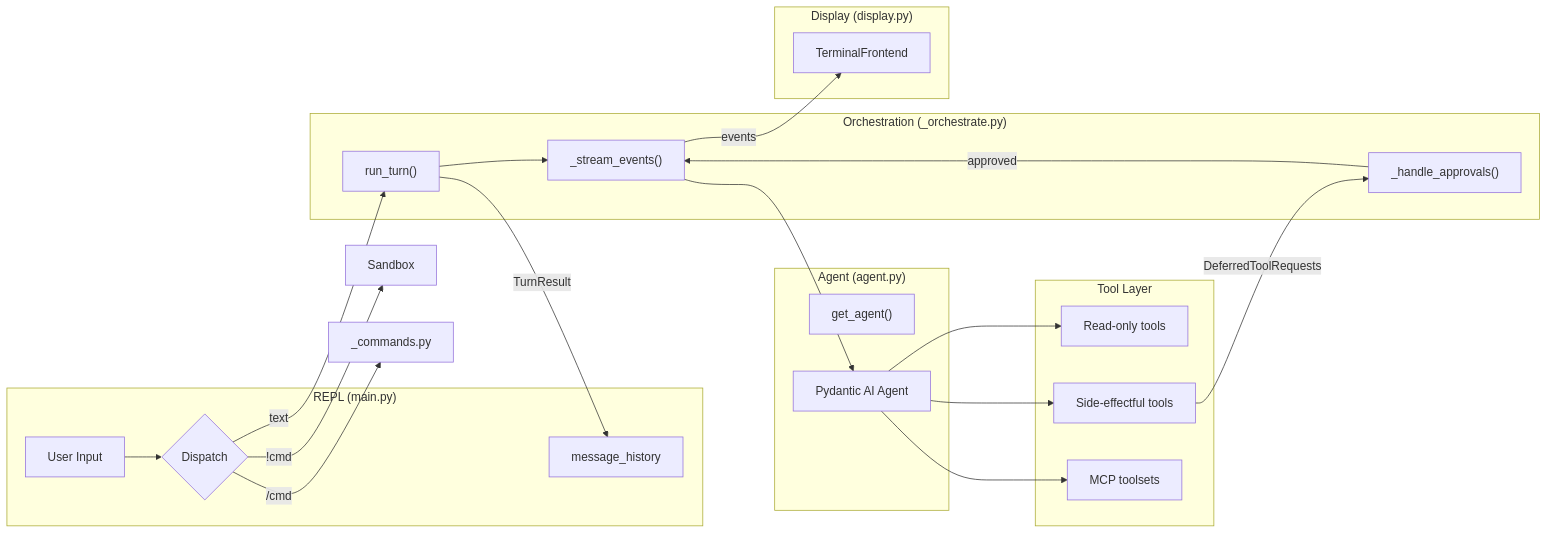
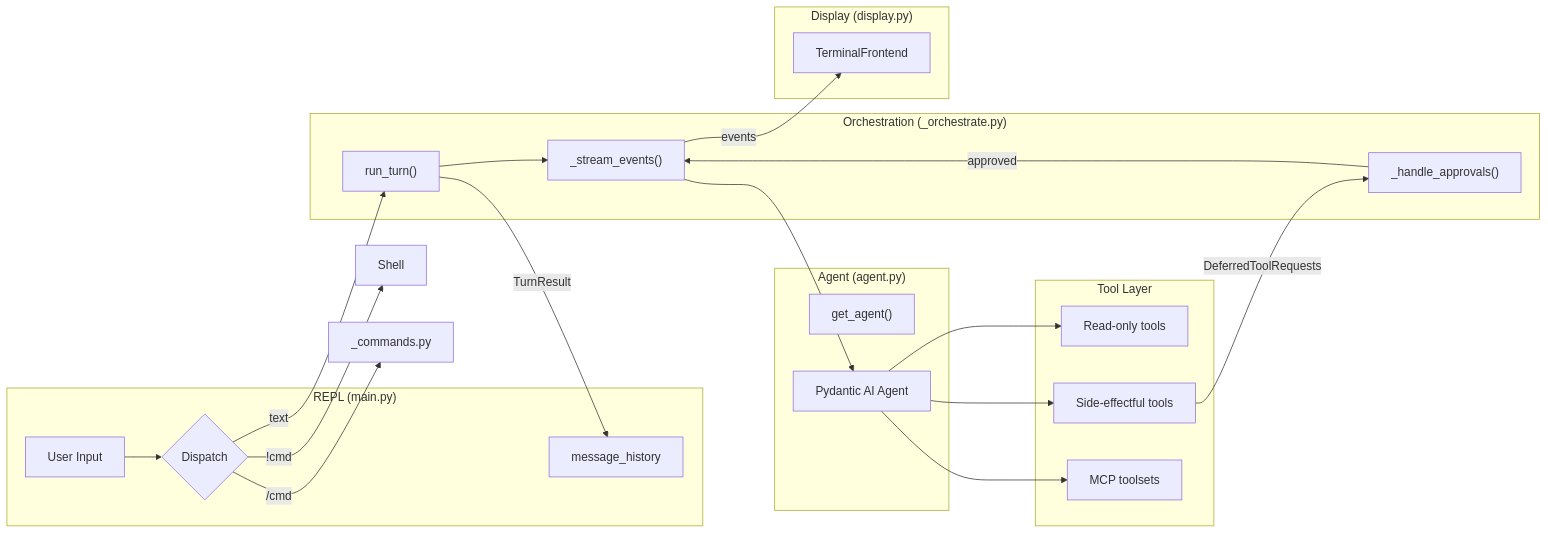
The diagram in docs/DESIGN-01-agent-chat-loop.md (binlecode/co-cli), drawn with Mermaid before and after one commit. The commit also changed other lines of this file and 48 other files, not shown here.

First line of the commit message:
Drop Docker sandbox — promote ShellBackend as sole execution model

````diff
--- a/docs/DESIGN-01-agent-chat-loop.md
+++ b/docs/DESIGN-01-agent-chat-loop.md
@@ -19,43 +19,43 @@
 ```mermaid
 graph LR
     subgraph REPL ["REPL (main.py)"]
         Input[User Input]
         Dispatch{Dispatch}
         History[message_history]
     end
 
     subgraph Orchestration ["Orchestration (_orchestrate.py)"]
         RunTurn["run_turn()"]
         Stream["_stream_events()"]
         Approve["_handle_approvals()"]
     end
 
     subgraph Agent ["Agent (agent.py)"]
         Factory["get_agent()"]
         PydanticAgent[Pydantic AI Agent]
     end
 
     subgraph Display ["Display (display.py)"]
         Frontend[TerminalFrontend]
     end
 
     subgraph Tools ["Tool Layer"]
         ReadOnly[Read-only tools]
         SideEffect[Side-effectful tools]
         MCP[MCP toolsets]
     end
 
     Input --> Dispatch
     Dispatch -->|text| RunTurn
-    Dispatch -->|!cmd| Docker[Sandbox]
+    Dispatch -->|!cmd| Shell[Shell]
     Dispatch -->|/cmd| SlashCmd[_commands.py]
     RunTurn --> Stream
     Stream --> PydanticAgent
     PydanticAgent --> ReadOnly
     PydanticAgent --> SideEffect
     PydanticAgent --> MCP
     SideEffect -->|DeferredToolRequests| Approve
     Approve -->|approved| Stream
     Stream -->|events| Frontend
     RunTurn -->|TurnResult| History
 ```
````
